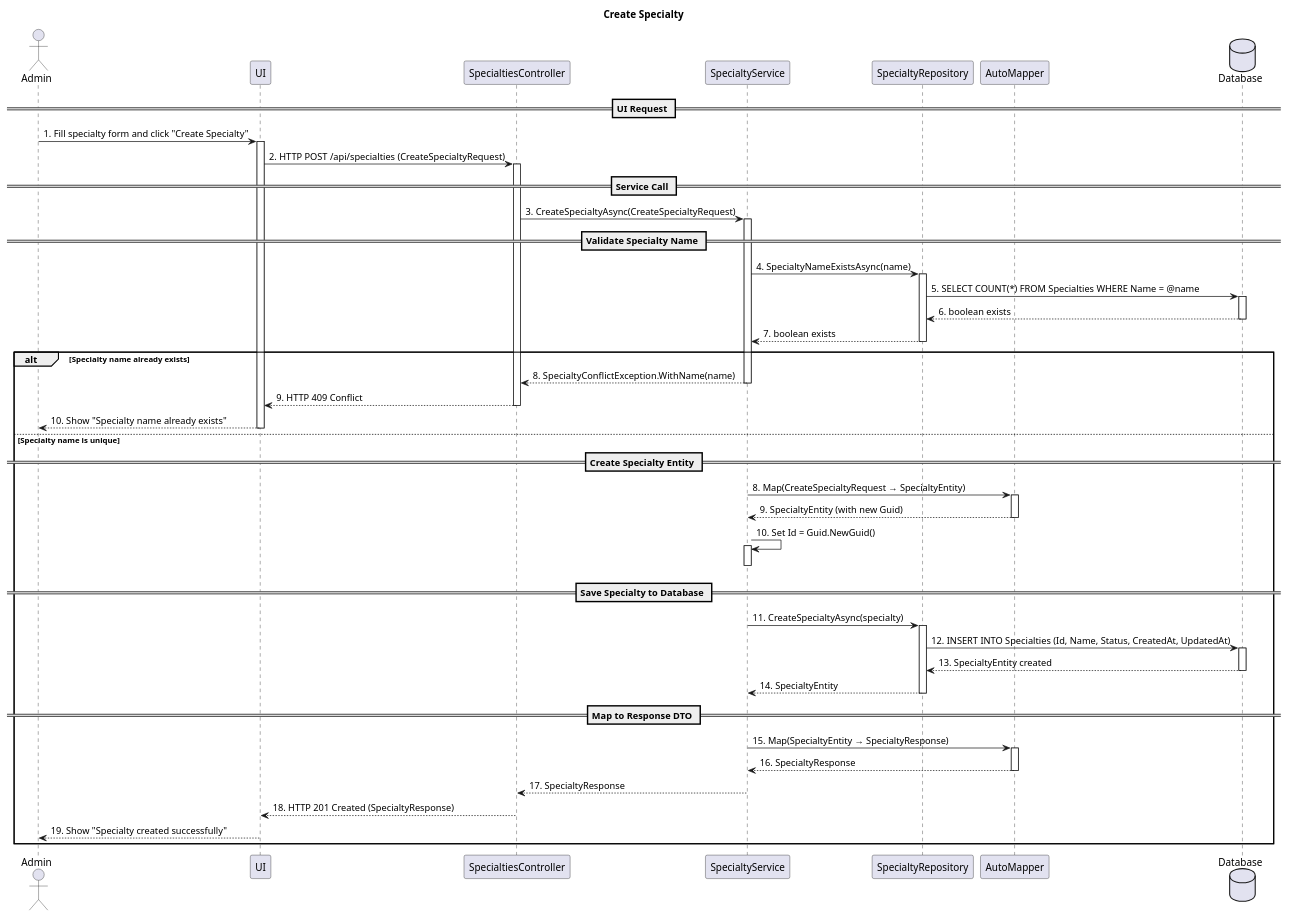
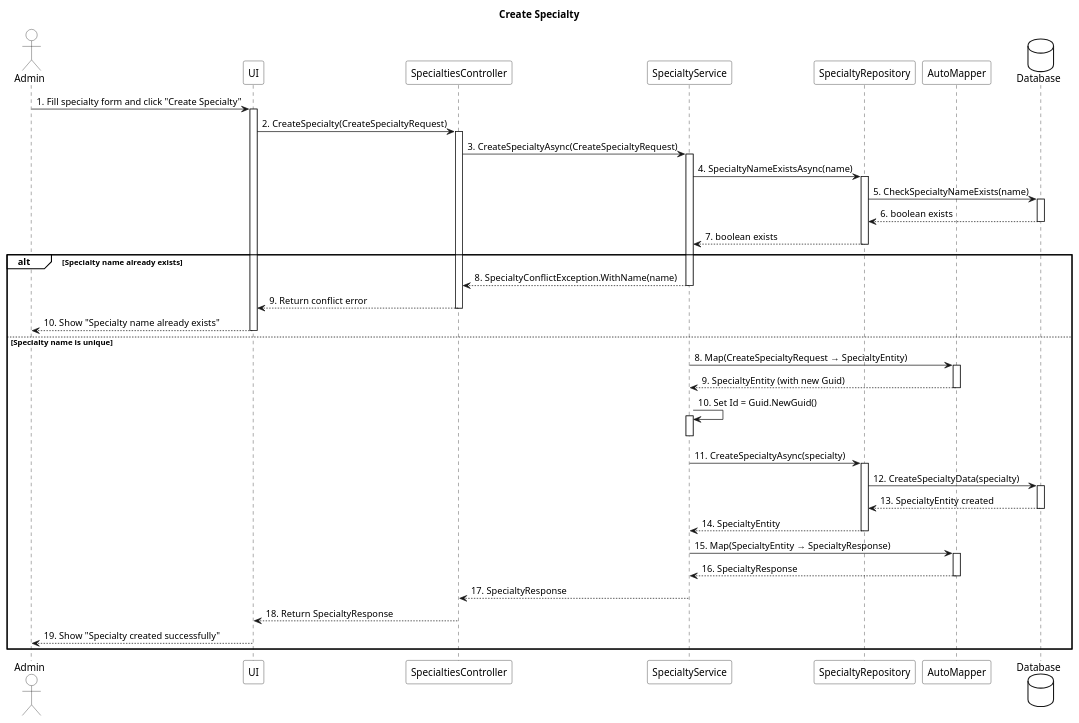
The diagram in src/Services/BookingCare.Services.Doctor/sequence-diagrams/specialty/create_specialty_sequence_diagram.puml (Capstone-FA25-MABS/BookingCareSystemBackend), drawn with PlantUML before and after one commit. The commit also changed 32 other files, not shown here.

Commit message:
[FIX] update code sequence diagram and class diagram

```diff
--- a/src/Services/BookingCare.Services.Doctor/sequence-diagrams/specialty/create_specialty_sequence_diagram.puml
+++ b/src/Services/BookingCare.Services.Doctor/sequence-diagrams/specialty/create_specialty_sequence_diagram.puml
@@ -1,77 +1,78 @@
 @startuml
 title Create Specialty
+
+skinparam backgroundColor White
+skinparam sequenceParticipantBackgroundColor White
+skinparam sequenceActorBackgroundColor White
+skinparam sequenceLifeLineBackgroundColor White
+skinparam databaseBackgroundColor White
+skinparam sequenceGroupBackgroundColor White
 
 actor Admin
 participant UI
 participant SpecialtiesController
 participant SpecialtyService
 participant SpecialtyRepository
 participant AutoMapper
 database Database
 
-== UI Request ==
 Admin -> UI : 1. Fill specialty form and click "Create Specialty"
 activate UI
-UI -> SpecialtiesController : 2. HTTP POST /api/specialties (CreateSpecialtyRequest)
+UI -> SpecialtiesController : 2. CreateSpecialty(CreateSpecialtyRequest)
 activate SpecialtiesController
 
-== Service Call ==
 SpecialtiesController -> SpecialtyService : 3. CreateSpecialtyAsync(CreateSpecialtyRequest)
 activate SpecialtyService
 
-== Validate Specialty Name ==
 SpecialtyService -> SpecialtyRepository : 4. SpecialtyNameExistsAsync(name)
 activate SpecialtyRepository
-SpecialtyRepository -> Database : 5. SELECT COUNT(*) FROM Specialties WHERE Name = @name
+SpecialtyRepository -> Database : 5. CheckSpecialtyNameExists(name)
 activate Database
 Database --> SpecialtyRepository : 6. boolean exists
 deactivate Database
 SpecialtyRepository --> SpecialtyService : 7. boolean exists
 deactivate SpecialtyRepository
 
 alt Specialty name already exists
     SpecialtyService --> SpecialtiesController : 8. SpecialtyConflictException.WithName(name)
     deactivate SpecialtyService
-    SpecialtiesController --> UI : 9. HTTP 409 Conflict
+    SpecialtiesController --> UI : 9. Return conflict error
     deactivate SpecialtiesController
     UI --> Admin : 10. Show "Specialty name already exists"
     deactivate UI
 else Specialty name is unique
 
-    == Create Specialty Entity ==
     SpecialtyService -> AutoMapper : 8. Map(CreateSpecialtyRequest → SpecialtyEntity)
     activate AutoMapper
     AutoMapper --> SpecialtyService : 9. SpecialtyEntity (with new Guid)
     deactivate AutoMapper
 
     SpecialtyService -> SpecialtyService : 10. Set Id = Guid.NewGuid()
     activate SpecialtyService
     deactivate SpecialtyService
 
-    == Save Specialty to Database ==
     SpecialtyService -> SpecialtyRepository : 11. CreateSpecialtyAsync(specialty)
     activate SpecialtyRepository
-    SpecialtyRepository -> Database : 12. INSERT INTO Specialties (Id, Name, Status, CreatedAt, UpdatedAt)
+    SpecialtyRepository -> Database : 12. CreateSpecialtyData(specialty)
     activate Database
     Database --> SpecialtyRepository : 13. SpecialtyEntity created
     deactivate Database
     SpecialtyRepository --> SpecialtyService : 14. SpecialtyEntity
     deactivate SpecialtyRepository
 
-    == Map to Response DTO ==
     SpecialtyService -> AutoMapper : 15. Map(SpecialtyEntity → SpecialtyResponse)
     activate AutoMapper
     AutoMapper --> SpecialtyService : 16. SpecialtyResponse
     deactivate AutoMapper
 
     SpecialtyService --> SpecialtiesController : 17. SpecialtyResponse
     deactivate SpecialtyService
 
-    SpecialtiesController --> UI : 18. HTTP 201 Created (SpecialtyResponse)
+    SpecialtiesController --> UI : 18. Return SpecialtyResponse
     deactivate SpecialtiesController
 
     UI --> Admin : 19. Show "Specialty created successfully"
     deactivate UI
 end
 
 @enduml
```
